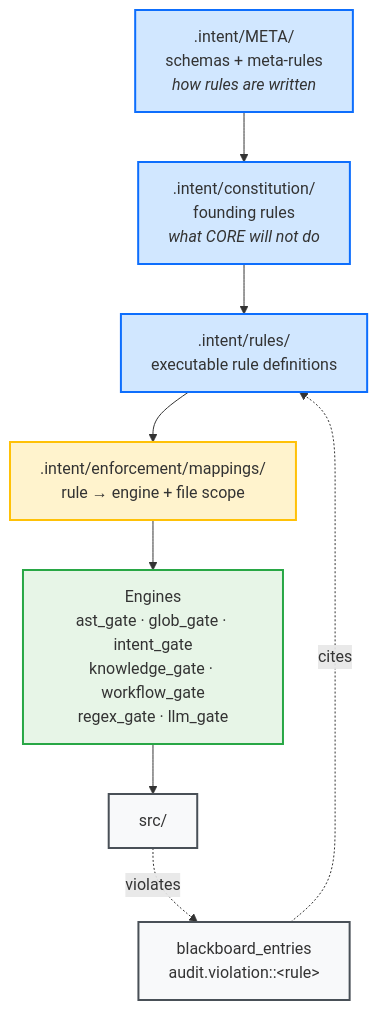
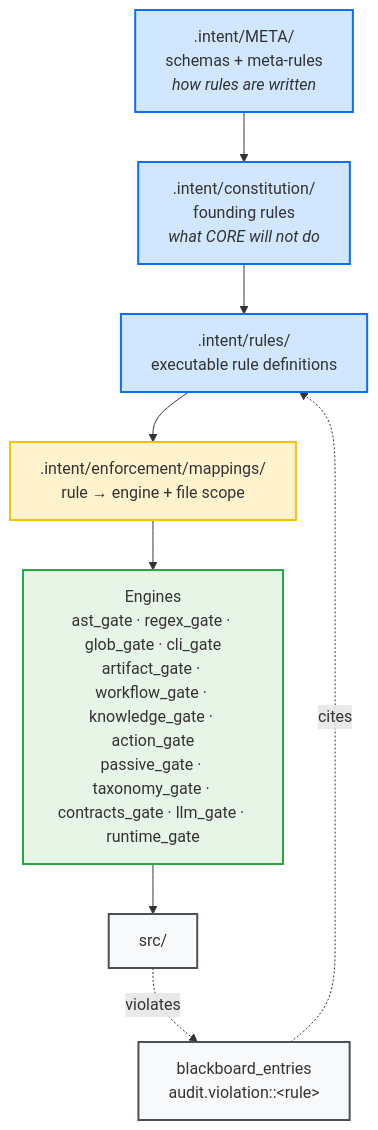
Before and after one commit to DariuszNewecki/CORE: the second of 3 diagrams in docs/how-it-works.md, drawn with Mermaid. The commit also changed other lines of this file and 5 other files, not shown here.

````diff
--- a/docs/how-it-works.md
+++ b/docs/how-it-works.md
@@ -74,28 +74,28 @@
 ```mermaid
 flowchart TD
     META[".intent/META/<br/>schemas + meta-rules<br/><i>how rules are written</i>"]
     CONST[".intent/constitution/<br/>founding rules<br/><i>what CORE will not do</i>"]
     RULES[".intent/rules/<br/>executable rule definitions"]
     MAP[".intent/enforcement/mappings/<br/>rule → engine + file scope"]
-    ENG["Engines<br/>ast_gate · glob_gate · intent_gate<br/>knowledge_gate · workflow_gate<br/>regex_gate · llm_gate"]
+    ENG["Engines<br/>ast_gate · regex_gate · glob_gate · cli_gate<br/>artifact_gate · workflow_gate · knowledge_gate · action_gate<br/>passive_gate · taxonomy_gate · contracts_gate · llm_gate · runtime_gate"]
     CODE["src/"]
     BB["blackboard_entries<br/>audit.violation::&lt;rule&gt;"]
 
     META --> CONST
     CONST --> RULES
     RULES --> MAP
     MAP --> ENG
     ENG --> CODE
     CODE -.->|violates| BB
     BB -.->|cites| RULES
 
     classDef law       fill:#d1e7ff,stroke:#0d6efd,stroke-width:2px
     classDef binding   fill:#fff3cd,stroke:#ffc107,stroke-width:2px
     classDef engine    fill:#e7f5e7,stroke:#28a745,stroke-width:2px
     classDef observed  fill:#f8f9fa,stroke:#495057,stroke-width:2px
 
     class META,CONST,RULES law
     class MAP binding
     class ENG engine
     class CODE,BB observed
 ```
````
